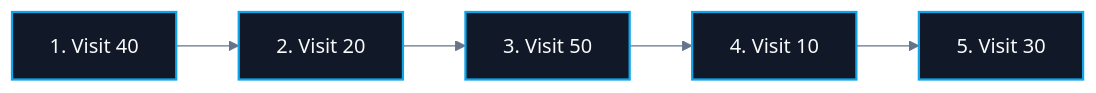
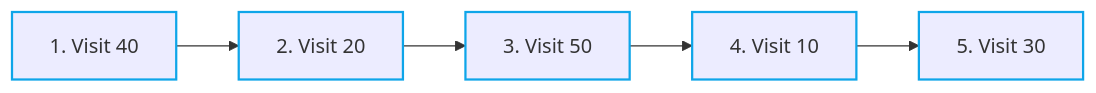
One commit to abhinavbharti2345/CS_Notes changed the third of 5 diagrams in CS/DSA/07. Trees & BSTs/02. Binary Tree Traversals.md. Above: the diagram before and after it, drawn with Mermaid. The commit also changed other lines of this file and 91 other files, not shown here.

````diff
--- a/CS/DSA/07. Trees & BSTs/02. Binary Tree Traversals.md
+++ b/CS/DSA/07. Trees & BSTs/02. Binary Tree Traversals.md
@@ -352,8 +350,7 @@
 ```mermaid
-%%{init: {'theme': 'base', 'themeVariables': { 'darkMode': true, 'background': '#0B0F14', 'mainBkg': '#111827', 'primaryColor': '#111827', 'primaryTextColor': '#F8FAFC', 'primaryBorderColor': '#38BDF8', 'lineColor': '#64748B', 'secondaryColor': '#0B0F14', 'tertiaryColor': '#0B0F14', 'clusterBkg': '#0B0F14', 'clusterBorder': '#38BDF8' }}}%%
 flowchart LR
     I1["1. Visit 40"] --> I2["2. Visit 20"] --> I3["3. Visit 50"] --> I4["4. Visit 10"] --> I5["5. Visit 30"]
 
-    classDef seq fill:#111827,stroke:#0ea5e9,stroke-width:1.8px,color:#F8FAFC;
+    classDef seq stroke:#0ea5e9,stroke-width:1.8px;
     class I1,I2,I3,I4,I5 seq;
 ```
````
